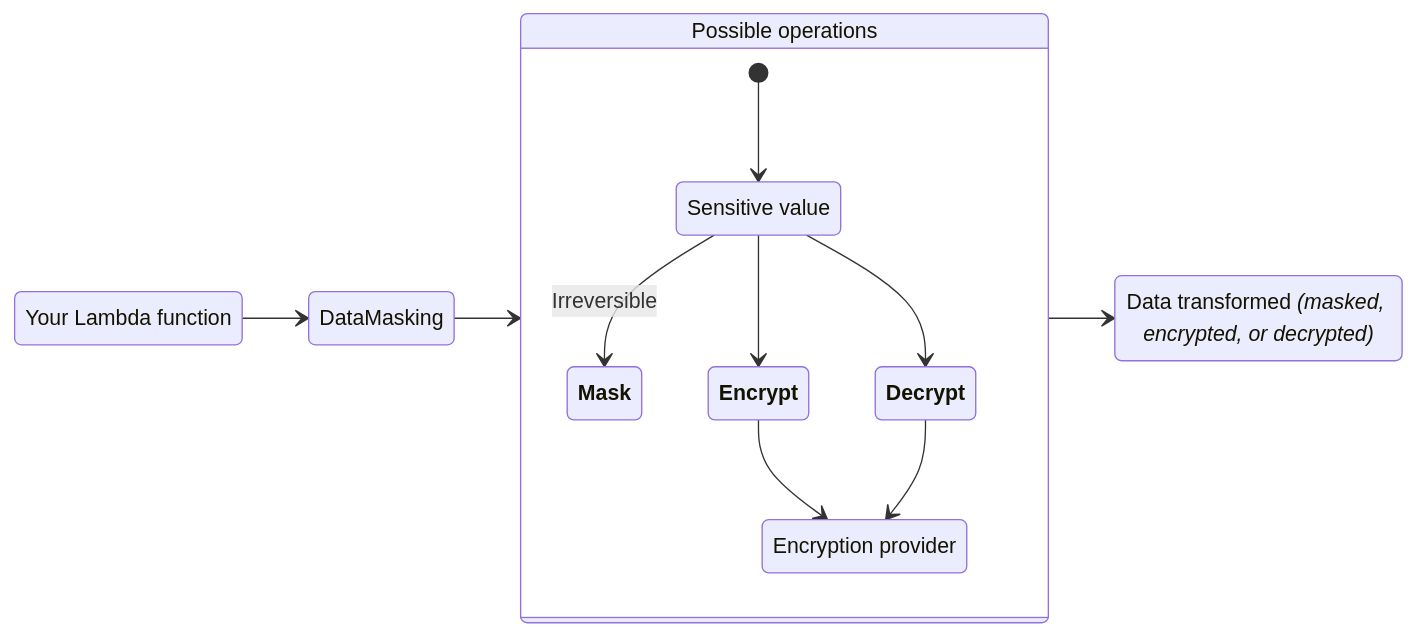
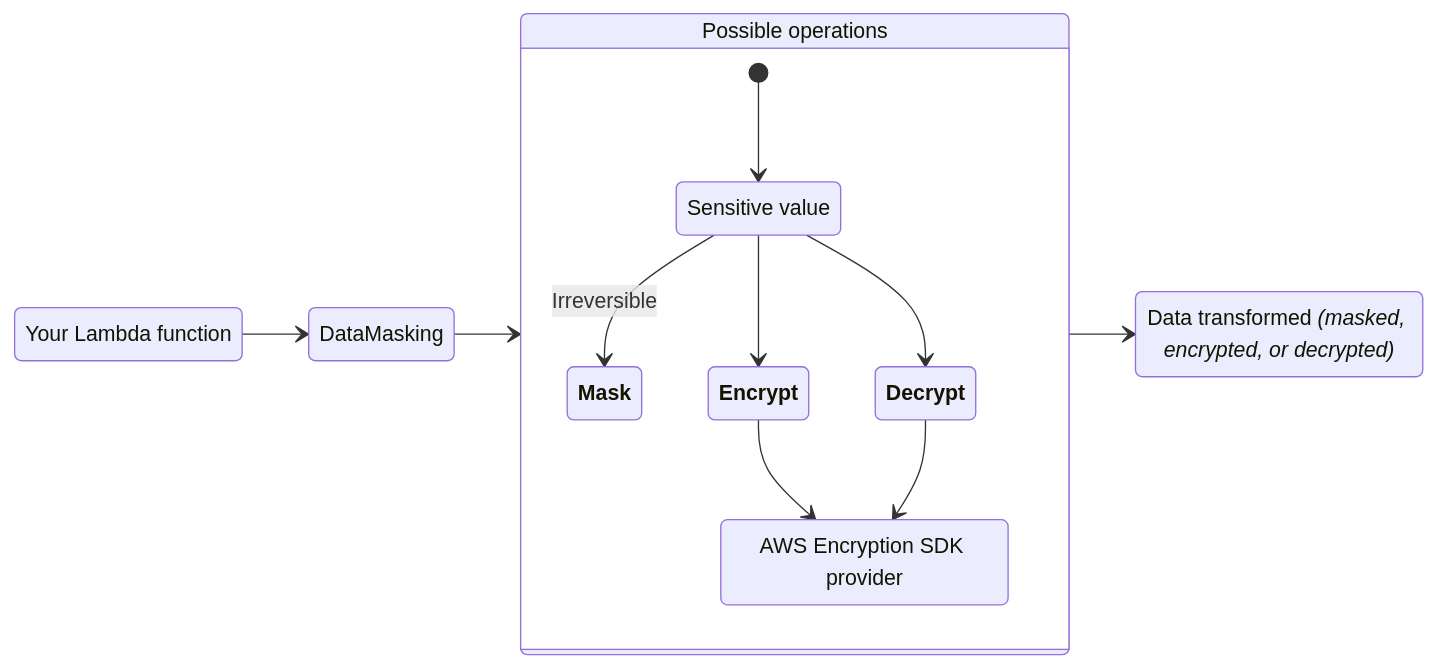
Before and after one commit to aws-powertools/powertools-lambda-python: the first of 6 diagrams in docs/utilities/data_masking.md, drawn with Mermaid.

Commit message:
docs: address initial feedback

````diff
--- a/docs/utilities/data_masking.md
+++ b/docs/utilities/data_masking.md
@@ -10,27 +10,27 @@
 ```mermaid
 stateDiagram-v2
     direction LR
     LambdaFn: Your Lambda function
     DataMasking: DataMasking
     Operation: Possible operations
     Input: Sensitive value
     Mask: <strong>Mask</strong>
     Encrypt: <strong>Encrypt</strong>
     Decrypt: <strong>Decrypt</strong>
-    Provider: Encryption provider
+    Provider: AWS Encryption SDK provider
     Result: Data transformed <i>(masked, encrypted, or decrypted)</i>
 
     LambdaFn --> DataMasking
     DataMasking --> Operation
 
     state Operation {
         [*] --> Input
         Input --> Mask: Irreversible
         Input --> Encrypt
         Input --> Decrypt
         Encrypt --> Provider
         Decrypt --> Provider
     }
 
     Operation --> Result
 ```
````
